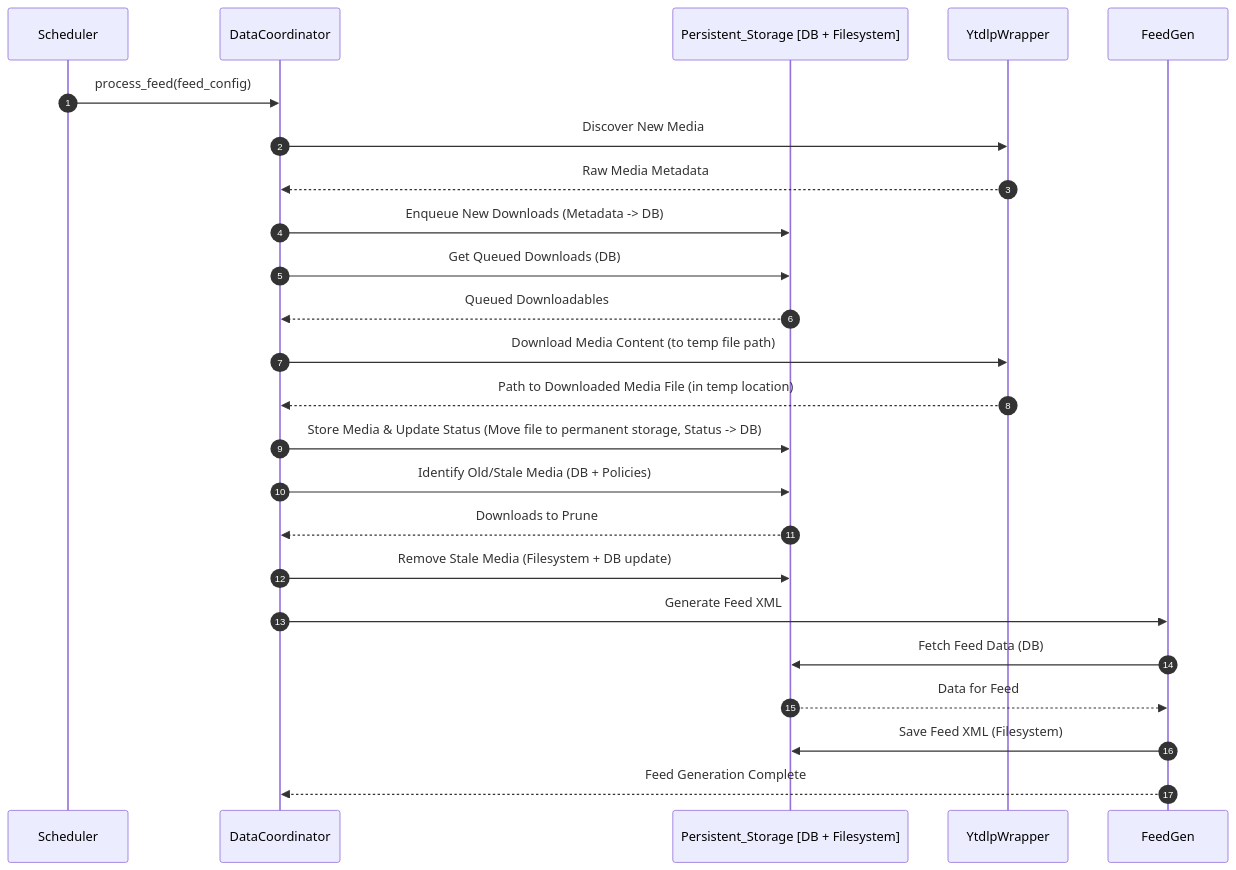
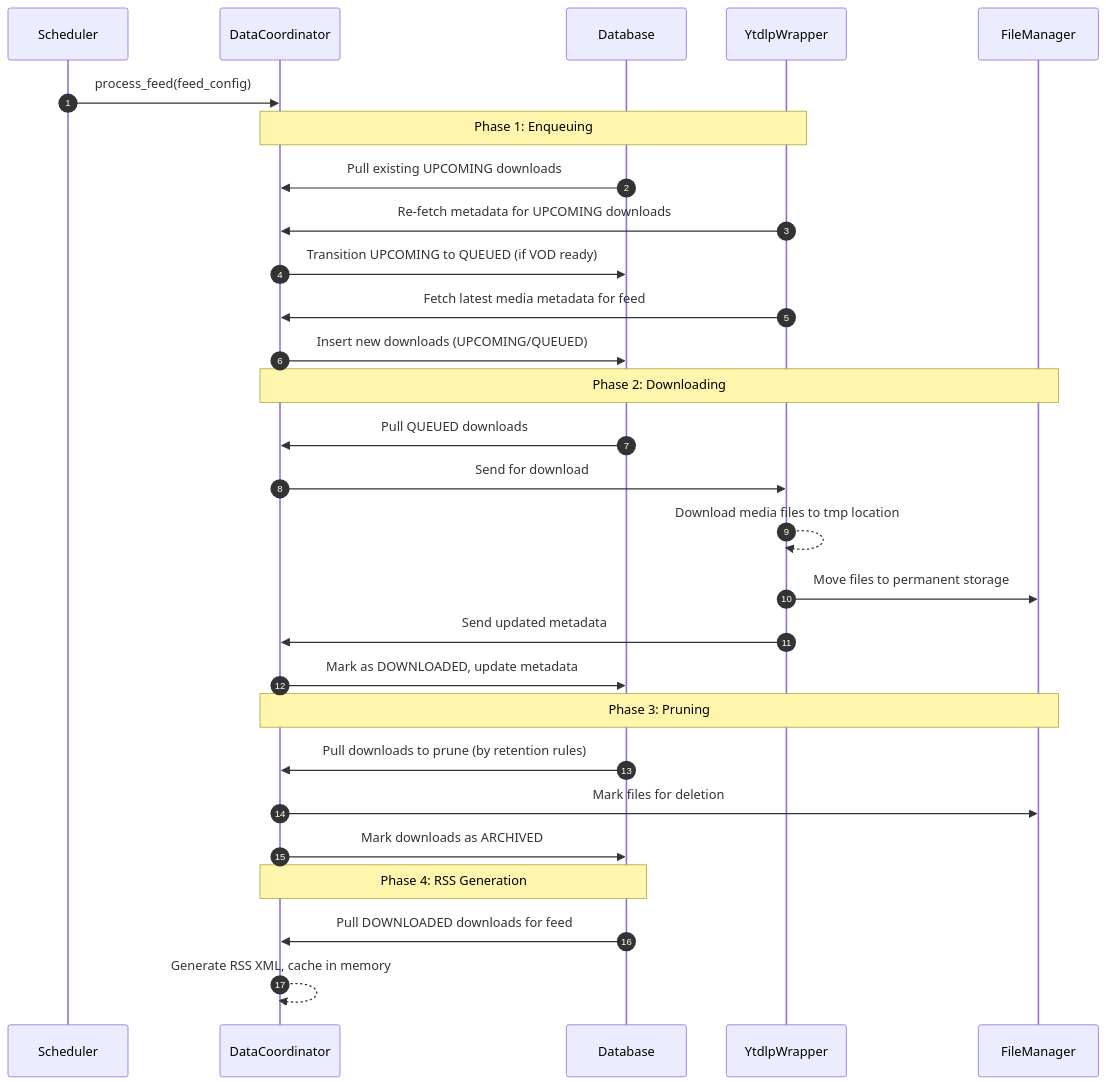
Before and after one commit to thurstonsand/anypod: the third of 3 diagrams in DESIGN_DOC.md, drawn with Mermaid. The commit also changed other lines of this file and 19 other files, not shown here.

````diff
--- a/DESIGN_DOC.md
+++ b/DESIGN_DOC.md
@@ -248,31 +353,35 @@
 ```mermaid
 sequenceDiagram
   autonumber
   participant S as Scheduler
   participant DC as DataCoordinator
-  participant Store as Persistent_Storage [DB + Filesystem]
-  participant YTDLW as YtdlpWrapper
-  participant FG as FeedGen
+  participant DB as Database
+  participant YW as YtdlpWrapper
+  participant FM as FileManager
 
   S->>DC: process_feed(feed_config)
 
-  DC->>YTDLW: Discover New Media
-  YTDLW-->>DC: Raw Media Metadata
-  DC->>Store: Enqueue New Downloads (Metadata -> DB)
+  Note over DC,YW: Phase 1: Enqueuing
+  DB->>DC: Pull existing UPCOMING downloads
+  YW->>DC: Re-fetch metadata for UPCOMING downloads
+  DC->>DB: Transition UPCOMING to QUEUED (if VOD ready)
+  YW->>DC: Fetch latest media metadata for feed
+  DC->>DB: Insert new downloads (UPCOMING/QUEUED)
 
-  DC->>Store: Get Queued Downloads (DB)
-  Store-->>DC: Queued Downloadables
-  DC->>YTDLW: Download Media Content (to temp file path)
-  YTDLW-->>DC: Path to Downloaded Media File (in temp location)
-  DC->>Store: Store Media & Update Status (Move file to permanent storage, Status -> DB)
+  Note over DC,FM: Phase 2: Downloading
+  DB->>DC: Pull QUEUED downloads
+  DC->>YW: Send for download
+  YW-->>YW: Download media files to tmp location
+  YW->>FM: Move files to permanent storage
+  YW->>DC: Send updated metadata
+  DC->>DB: Mark as DOWNLOADED, update metadata
 
-  DC->>Store: Identify Old/Stale Media (DB + Policies)
-  Store-->>DC: Downloads to Prune
-  DC->>Store: Remove Stale Media (Filesystem + DB update)
+  Note over DC,FM: Phase 3: Pruning
+  DB->>DC: Pull downloads to prune (by retention rules)
+  DC->>FM: Mark files for deletion
+  DC->>DB: Mark downloads as ARCHIVED
 
-  DC->>FG: Generate Feed XML
-  FG->>Store: Fetch Feed Data (DB)
-  Store-->>FG: Data for Feed
-  FG->>Store: Save Feed XML (Filesystem)
-  FG-->>DC: Feed Generation Complete
+  Note over DC,DB: Phase 4: RSS Generation
+  DB->>DC: Pull DOWNLOADED downloads for feed
+  DC-->>DC: Generate RSS XML, cache in memory
 ```
````
